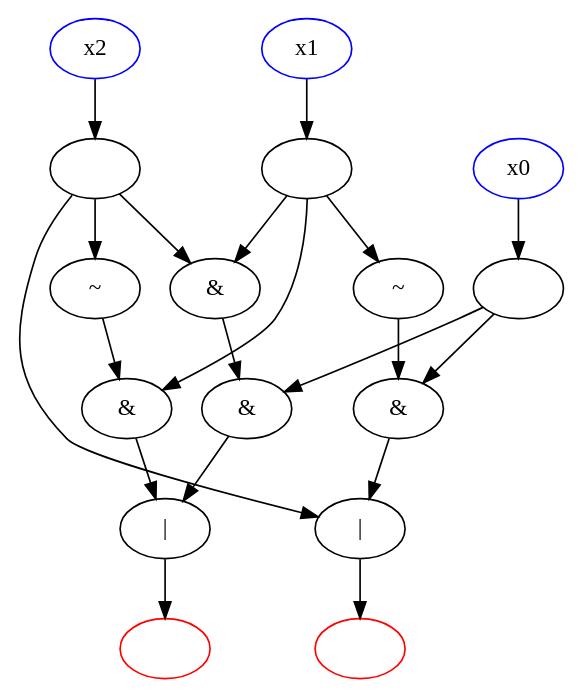
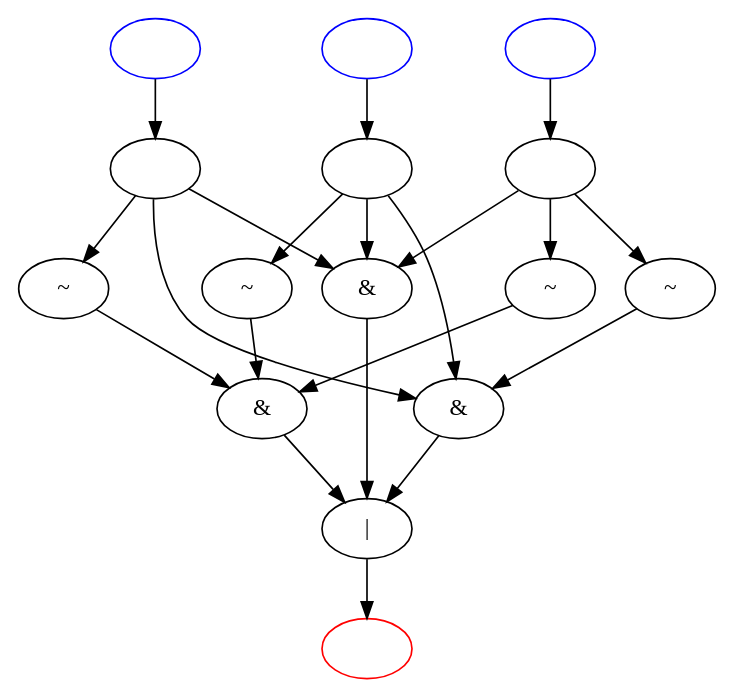
The diagram in digraph.dot (Martin-Masson/projet-graphs-python), drawn with Graphviz before and after one commit. The commit also changed 8 other files, not shown here.

```diff
--- a/digraph.dot
+++ b/digraph.dot
@@ -1,42 +1,41 @@
 digraph G {
-    v1 [color=red];
-    v1 [label=""];
-    v0 [label="|"];
-    v0 -> v1;
-    v2 [label="&"];
-    v2 -> v0;
-    v4 [label="&"];
-    v4 -> v2;
-    v7 [label="&"];
-    v7 -> v0;
-    v9 [label="~"];
-    v9 -> v7;
-    v12 [color=red];
-    v12 [label=""];
-    v11 [label="|"];
-    v11 -> v12;
-    v13 [label="&"];
+    v0 [color=red];
+    v0 [label=""];
+    v1 [label="|"];
+    v1 -> v0;
+    v2 [label=""];
+    v2 -> v8;
+    v2 -> v10;
+    v2 -> v12;
+    v3 [color=blue];
+    v3 [label=""];
+    v3 -> v2;
+    v4 [label=""];
+    v4 -> v8;
+    v4 -> v9;
+    v4 -> v13;
+    v5 [color=blue];
+    v5 [label=""];
+    v5 -> v4;
+    v6 [label=""];
+    v6 -> v8;
+    v6 -> v9;
+    v6 -> v14;
+    v7 [color=blue];
+    v7 [label=""];
+    v7 -> v6;
+    v8 [label="&"];
+    v8 -> v1;
+    v9 [label="&"];
+    v9 -> v1;
+    v10 [label="~"];
+    v10 -> v9;
+    v11 [label="&"];
+    v11 -> v1;
+    v12 [label="~"];
+    v12 -> v11;
+    v13 [label="~"];
     v13 -> v11;
-    v14 [label=""];
-    v14 -> v13;
-    v14 -> v2;
-    v15 [label="~"];
-    v15 -> v13;
-    v16 [label=""];
-    v16 -> v15;
-    v16 -> v7;
-    v16 -> v4;
-    v17 [label=""];
-    v17 -> v11;
-    v17 -> v9;
-    v17 -> v4;
-    v18 [color=blue];
-    v18 [label="x0"];
-    v18 -> v14;
-    v19 [color=blue];
-    v19 [label="x1"];
-    v19 -> v16;
-    v20 [color=blue];
-    v20 [label="x2"];
-    v20 -> v17;
+    v14 [label="~"];
+    v14 -> v11;
 }
```
